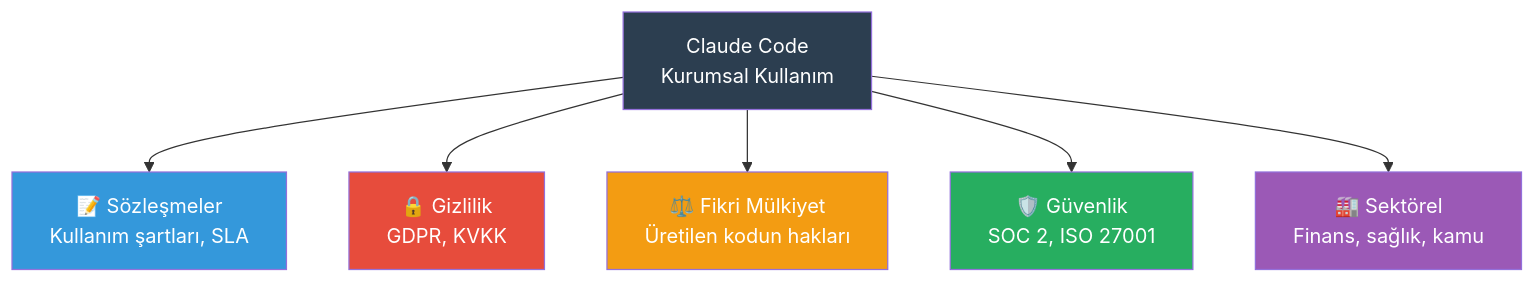
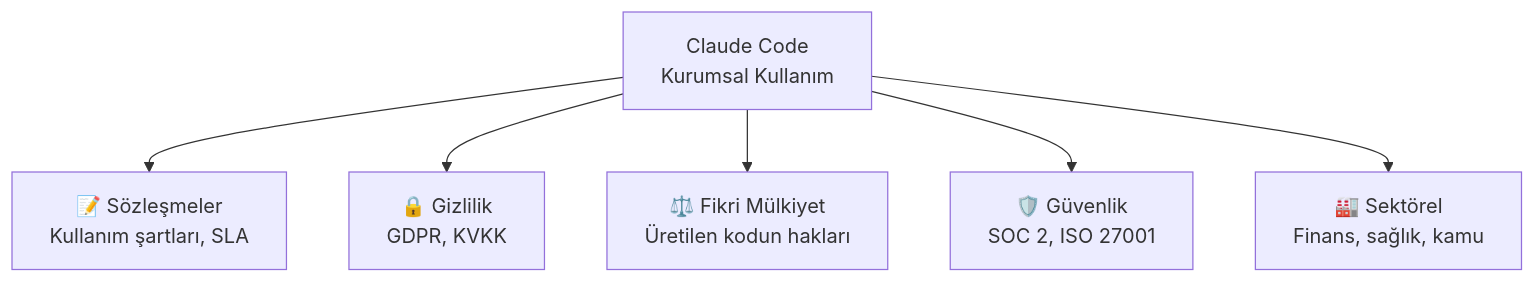
One commit to IzzetYasinAtes/ClaudeCodeHandbook changed the first of 8 diagrams in 18-kurumsal-kullanim/09-yasal-uyumluluk.md. Above: the diagram before and after it, drawn with Mermaid. The commit also changed other lines of this file and 97 other files, not shown here.

Commit message:
Remove all custom Mermaid style/fill colors from 98 markdown files for consistent dark theme rendering

````diff
--- a/18-kurumsal-kullanim/09-yasal-uyumluluk.md
+++ b/18-kurumsal-kullanim/09-yasal-uyumluluk.md
@@ -18,15 +18,9 @@
 ```mermaid
 flowchart TD
     CC["Claude Code<br/>Kurumsal Kullanım"] --> CONTRACTS["📝 Sözleşmeler<br/>Kullanım şartları, SLA"]
     CC --> PRIVACY["🔒 Gizlilik<br/>GDPR, KVKK"]
     CC --> IP["⚖️ Fikri Mülkiyet<br/>Üretilen kodun hakları"]
     CC --> SECURITY["🛡️ Güvenlik<br/>SOC 2, ISO 27001"]
     CC --> INDUSTRY["🏭 Sektörel<br/>Finans, sağlık, kamu"]
 
-    style CC fill:#2C3E50,color:#fff
-    style CONTRACTS fill:#3498DB,color:#fff
-    style PRIVACY fill:#E74C3C,color:#fff
-    style IP fill:#F39C12,color:#fff
-    style SECURITY fill:#27AE60,color:#fff
-    style INDUSTRY fill:#9B59B6,color:#fff
 ```
````
